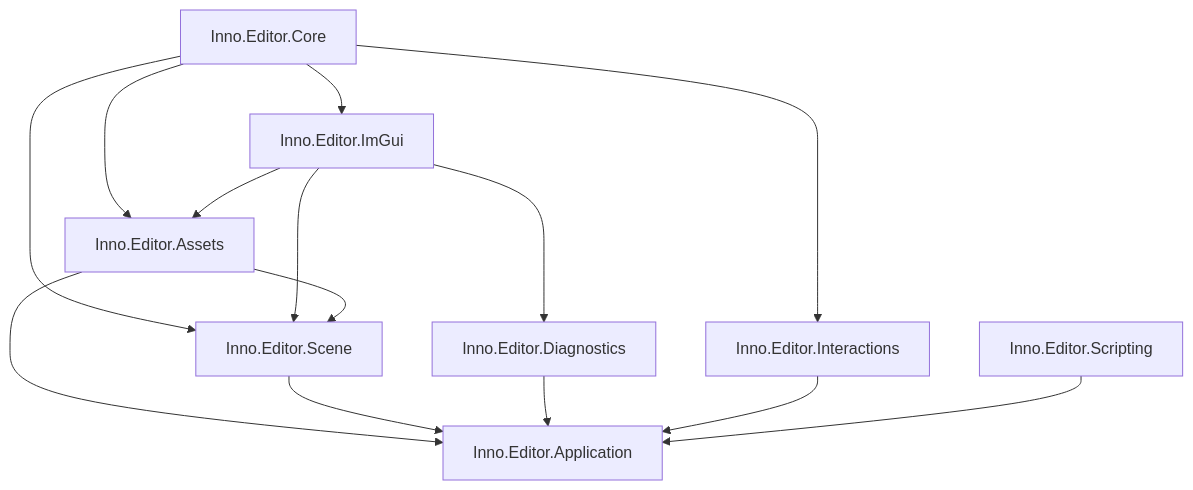
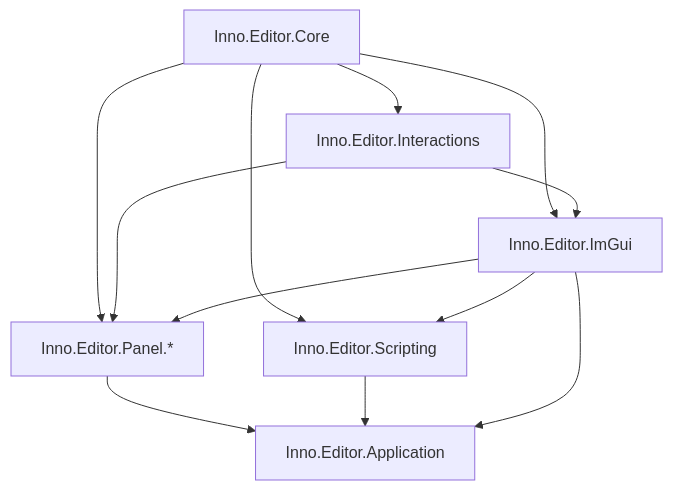
One commit to FLwolfy/InnoEngine changed the diagram in docs/editor/README.md. Above: the diagram before and after it, drawn with Mermaid. The commit also changed other lines of this file and 317 other files, not shown here.

````diff
--- a/docs/editor/README.md
+++ b/docs/editor/README.md
@@ -18,16 +24,14 @@
 ```mermaid
 flowchart TD
     Core["Inno.Editor.Core"] --> Interactions["Inno.Editor.Interactions"]
     Core --> ImGui["Inno.Editor.ImGui"]
-    Core --> Assets["Inno.Editor.Assets"]
-    Core --> Scene["Inno.Editor.Scene"]
-    ImGui --> Assets
-    ImGui --> Scene
-    ImGui --> Diagnostics["Inno.Editor.Diagnostics"]
-    Assets --> Scene
-    Assets --> Application["Inno.Editor.Application"]
-    Scene --> Application
-    Diagnostics --> Application
-    Interactions --> Application
-    Scripting["Inno.Editor.Scripting"] --> Application
+    Interactions --> ImGui
+    Core --> Panels["Inno.Editor.Panel.*"]
+    Interactions --> Panels
+    ImGui --> Panels
+    Core --> Scripting["Inno.Editor.Scripting"]
+    ImGui --> Scripting
+    Panels --> Application["Inno.Editor.Application"]
+    Scripting --> Application
+    ImGui --> Application
 ```
````
